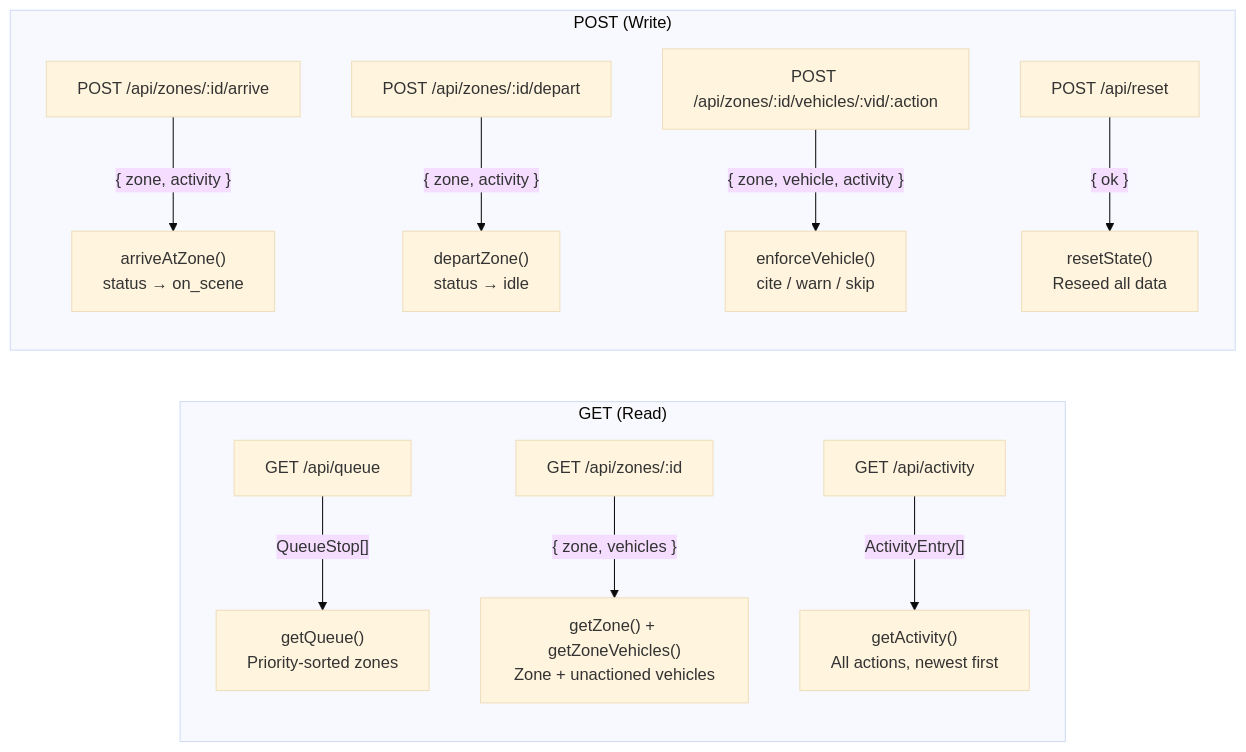
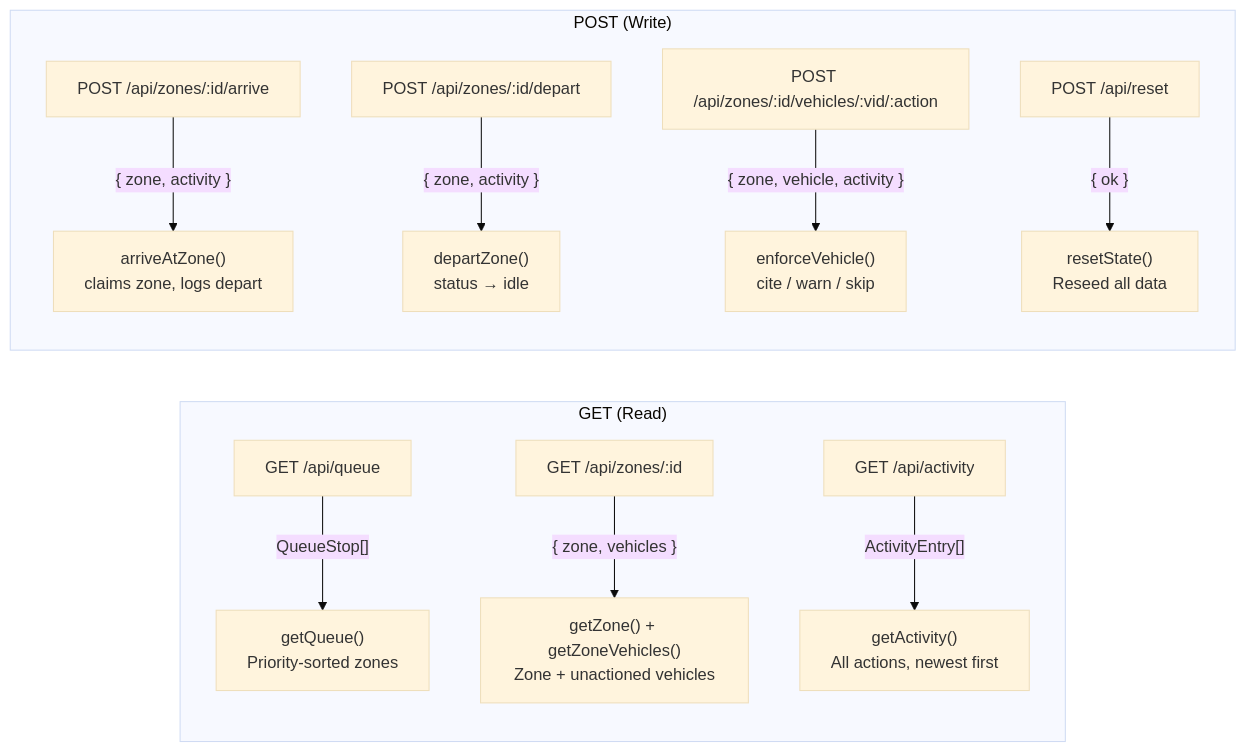
One commit to mrxinu/Automotus-Take-Home-Exercise changed the first of 9 diagrams in docs/mermaid.md. Above: the diagram before and after it, drawn with Mermaid (base theme). The commit also changed other lines of this file and 3 other files, not shown here.

````diff
--- a/docs/mermaid.md
+++ b/docs/mermaid.md
@@ -5,15 +5,15 @@
 ```mermaid
 graph LR
     subgraph "GET (Read)"
         Q["GET /api/queue"] -->|"QueueStop[]"| R1["getQueue()<br/>Priority-sorted zones"]
         Z["GET /api/zones/:id"] -->|"{ zone, vehicles }"| R2["getZone() + getZoneVehicles()<br/>Zone + unactioned vehicles"]
         A["GET /api/activity"] -->|"ActivityEntry[]"| R3["getActivity()<br/>All actions, newest first"]
     end
 
     subgraph "POST (Write)"
-        AR["POST /api/zones/:id/arrive"] -->|"{ zone, activity }"| R4["arriveAtZone()<br/>status → on_scene"]
+        AR["POST /api/zones/:id/arrive"] -->|"{ zone, activity }"| R4["arriveAtZone()<br/>claims zone, logs depart"]
         DE["POST /api/zones/:id/depart"] -->|"{ zone, activity }"| R5["departZone()<br/>status → idle"]
         EN["POST /api/zones/:id/vehicles/:vid/:action"] -->|"{ zone, vehicle, activity }"| R6["enforceVehicle()<br/>cite / warn / skip"]
         RE["POST /api/reset"] -->|"{ ok }"| R7["resetState()<br/>Reseed all data"]
     end
 ```
````
